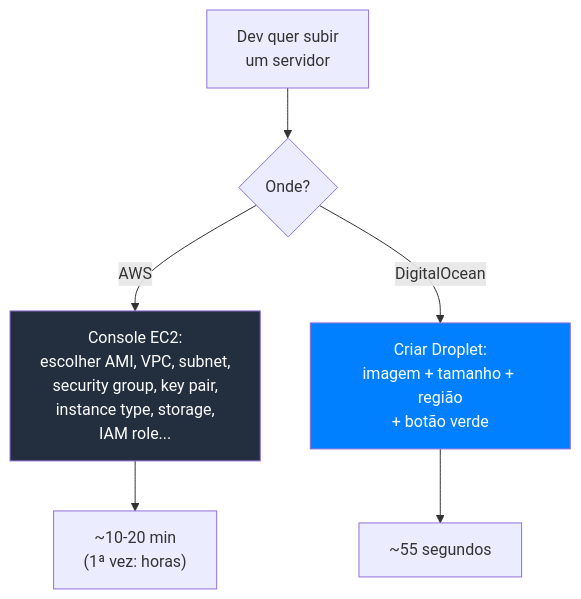
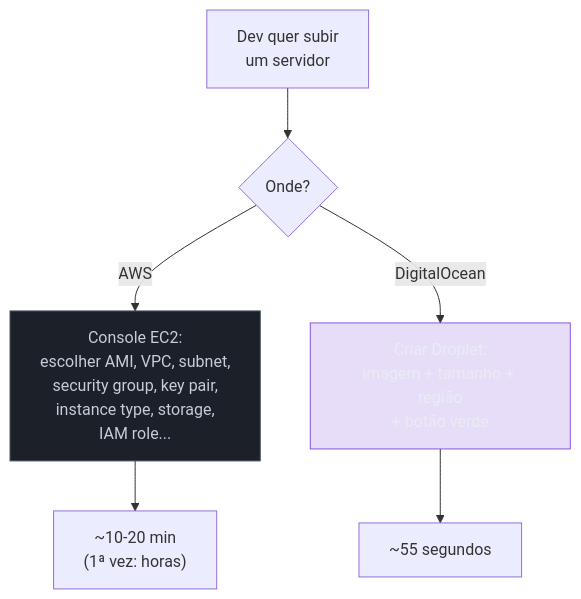
Before and after one commit to josenaldo/codex-technomanticus: the second of 2 diagrams in 03-Dominios/Tecnologia/Cloud/22 - DigitalOcean a fundo/01 - A filosofia da simplicidade.md, drawn with Mermaid. The commit also changed other lines of this file and 1181 other files, not shown here.

First line of the commit message:
fix(diagramas): paleta do sistema no lugar de cor cravada no markdown

````diff
--- a/03-Dominios/Tecnologia/Cloud/22 - DigitalOcean a fundo/01 - A filosofia da simplicidade.md
+++ b/03-Dominios/Tecnologia/Cloud/22 - DigitalOcean a fundo/01 - A filosofia da simplicidade.md
@@ -99,11 +101,13 @@
 ```mermaid
 flowchart TB
+    classDef neutro fill:#1B2029,stroke:#4E5666,color:#C6CCD8
+    classDef marca fill:#8855DF33,stroke:#8855DF,color:#E9ECF2
     Dev["Dev quer subir<br/>um servidor"] --> Escolha{Onde?}
     Escolha -->|AWS| EC2["Console EC2:<br/>escolher AMI, VPC, subnet,<br/>security group, key pair,<br/>instance type, storage,<br/>IAM role..."]
     Escolha -->|DigitalOcean| Droplet["Criar Droplet:<br/>imagem + tamanho + região<br/>+ botão verde"]
     EC2 --> Tempo1["~10-20 min<br/>(1ª vez: horas)"]
     Droplet --> Tempo2["~55 segundos"]
 
-    style EC2 fill:#232f3e,color:#fff
-    style Droplet fill:#0080ff,color:#fff
+    class EC2 neutro
+    class Droplet marca
 ```
````
